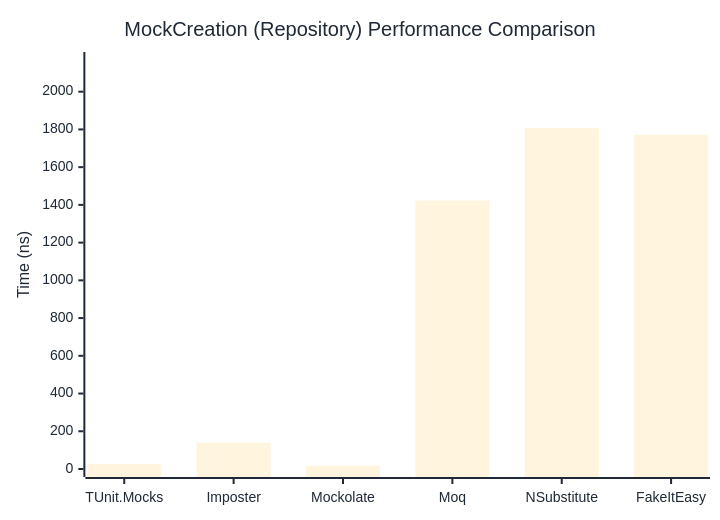
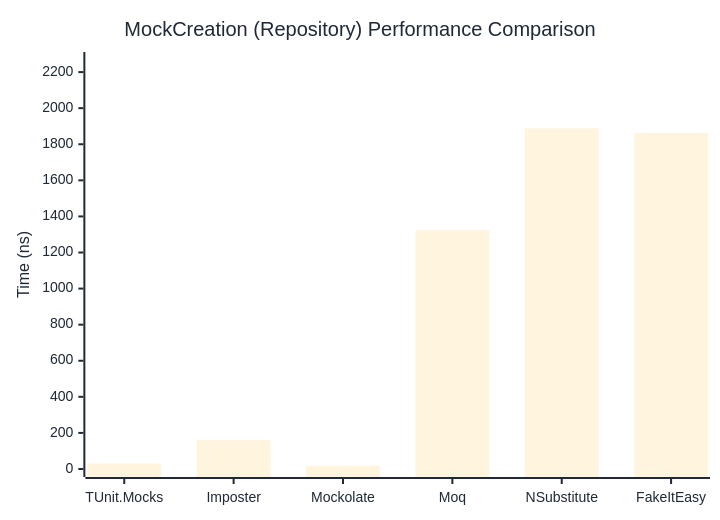
The second of 2 diagrams in docs/docs/benchmarks/mocks/MockCreation.md (thomhurst/TUnit), drawn with Mermaid before and after one commit. The commit also changed other lines of this file and 14 other files, not shown here.

````diff
--- a/docs/docs/benchmarks/mocks/MockCreation.md
+++ b/docs/docs/benchmarks/mocks/MockCreation.md
@@ -71,27 +71,27 @@
 ```mermaid
 %%{init: {
   'theme':'base',
   'themeVariables': {
     'primaryColor': '#2563eb',
     'primaryTextColor': '#1f2937',
     'primaryBorderColor': '#1e40af',
     'lineColor': '#6b7280',
     'secondaryColor': '#7c3aed',
     'tertiaryColor': '#dc2626',
     'background': '#ffffff',
     'pie1': '#2563eb',
     'pie2': '#7c3aed',
     'pie3': '#dc2626',
     'pie4': '#f59e0b',
     'pie5': '#10b981',
     'pie6': '#06b6d4',
     'pie7': '#ec4899',
     'pie8': '#6366f1'
   }
 }}%%
 xychart-beta
   title "MockCreation (Repository) Performance Comparison"
   x-axis ["TUnit.Mocks", "Imposter", "Mockolate", "Moq", "NSubstitute", "FakeItEasy"]
-  y-axis "Time (ns)" 0 --> 2168
-  bar [27.71, 139.32, 17.33, 1423.13, 1806.66, 1771.34]
+  y-axis "Time (ns)" 0 --> 2267
+  bar [30.91, 159.9, 18.29, 1324.34, 1888.39, 1862.19]
 ```
````
